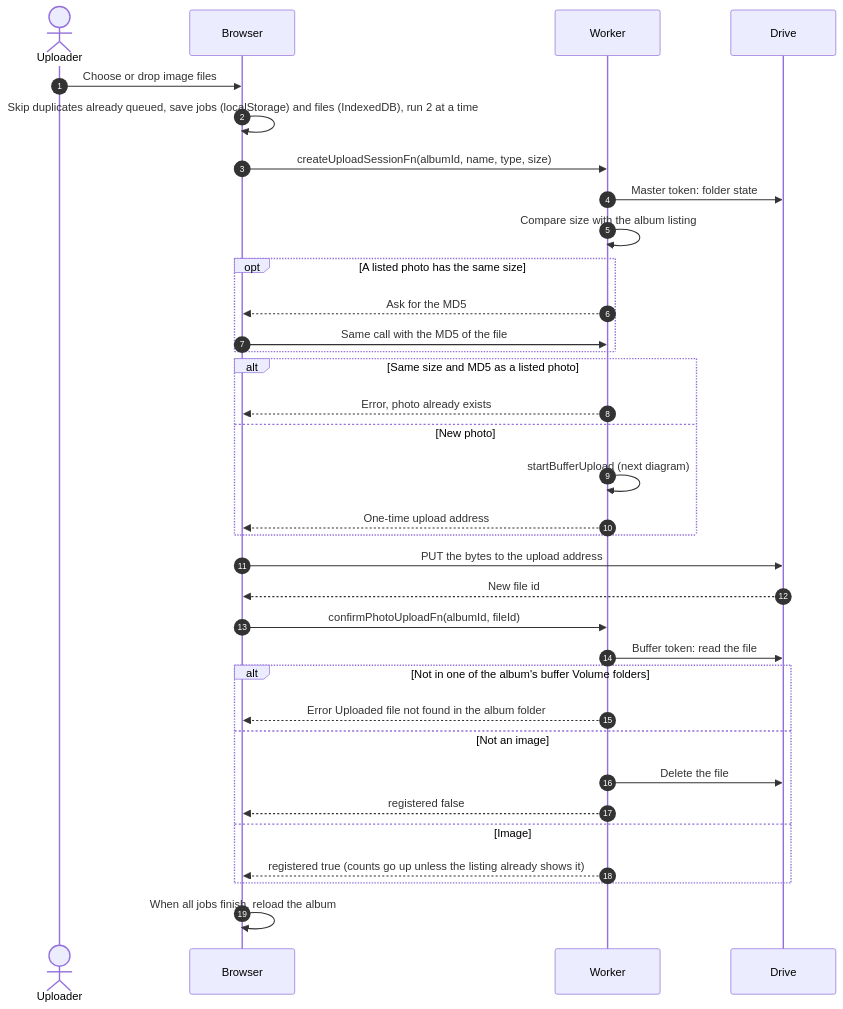
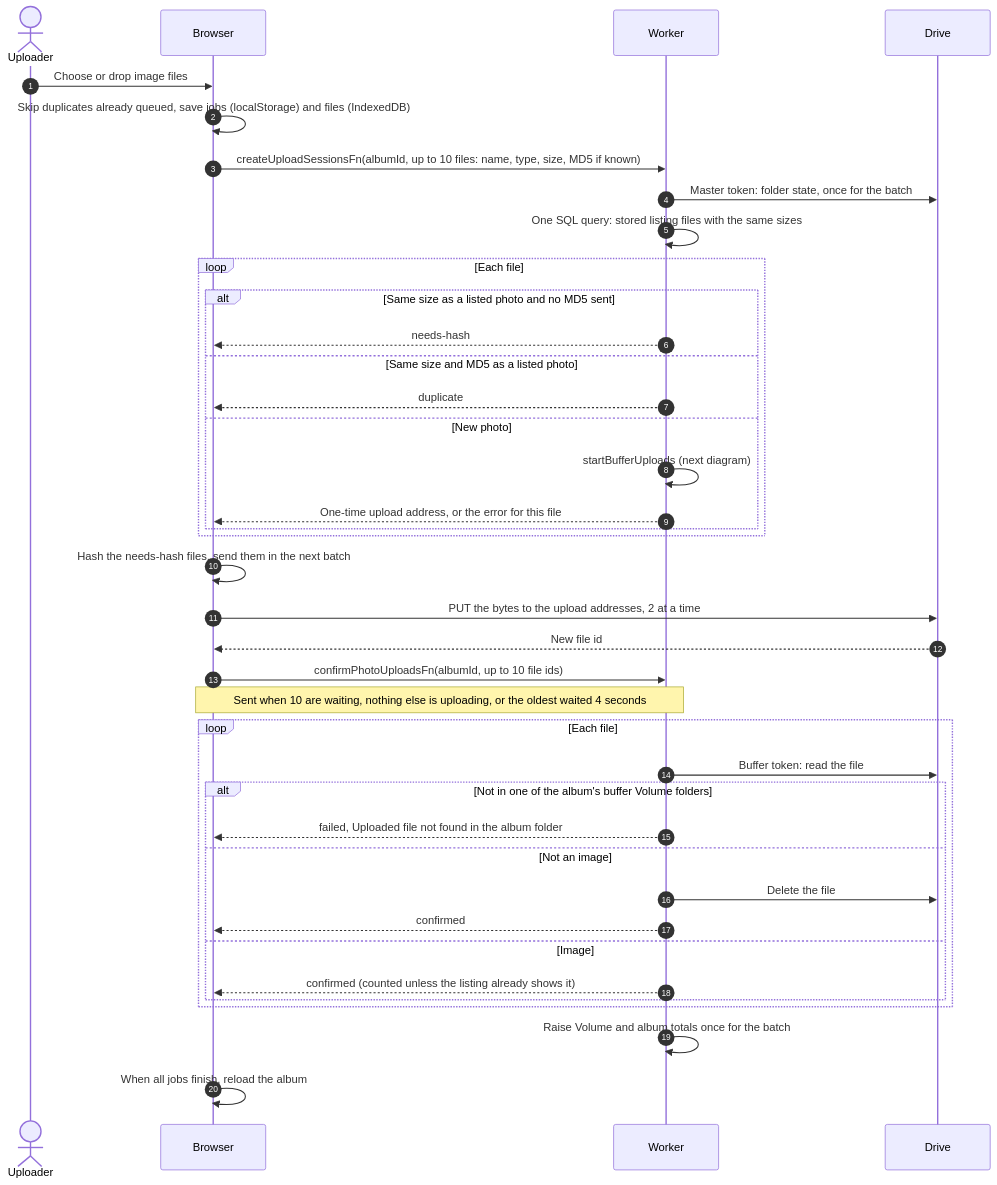
One commit to sagyzdop/meriksirat changed the first of 2 diagrams in docs/scenarios/member/albums/upload.md. Above: the diagram before and after it, drawn with Mermaid. The commit also changed other lines of this file and 69 other files, not shown here.

First line of the commit message:
perf(albums): batch upload sessions and confirms; keep code errors out of the UI

````diff
--- a/docs/scenarios/member/albums/upload.md
+++ b/docs/scenarios/member/albums/upload.md
@@ -9,36 +9,41 @@
 ```mermaid
 sequenceDiagram
     autonumber
     actor M as Uploader
     participant B as Browser
     participant W as Worker
     participant G as Drive
     M->>B: Choose or drop image files
-    B->>B: Skip duplicates already queued, save jobs (localStorage) and files (IndexedDB), run 2 at a time
-    B->>W: createUploadSessionFn(albumId, name, type, size)
-    W->>G: Master token: folder state
-    W->>W: Compare size with the album listing
-    opt A listed photo has the same size
-        W-->>B: Ask for the MD5
-        B->>W: Same call with the MD5 of the file
+    B->>B: Skip duplicates already queued, save jobs (localStorage) and files (IndexedDB)
+    B->>W: createUploadSessionsFn(albumId, up to 10 files: name, type, size, MD5 if known)
+    W->>G: Master token: folder state, once for the batch
+    W->>W: One SQL query: stored listing files with the same sizes
+    loop Each file
+        alt Same size as a listed photo and no MD5 sent
+            W-->>B: needs-hash
+        else Same size and MD5 as a listed photo
+            W-->>B: duplicate
+        else New photo
+            W->>W: startBufferUploads (next diagram)
+            W-->>B: One-time upload address, or the error for this file
+        end
     end
-    alt Same size and MD5 as a listed photo
-        W-->>B: Error, photo already exists
-    else New photo
-        W->>W: startBufferUpload (next diagram)
-        W-->>B: One-time upload address
+    B->>B: Hash the needs-hash files, send them in the next batch
+    B->>G: PUT the bytes to the upload addresses, 2 at a time
+    G-->>B: New file id
+    B->>W: confirmPhotoUploadsFn(albumId, up to 10 file ids)
+    Note over B,W: Sent when 10 are waiting, nothing else is uploading, or the oldest waited 4 seconds
+    loop Each file
+        W->>G: Buffer token: read the file
+        alt Not in one of the album's buffer Volume folders
+            W-->>B: failed, Uploaded file not found in the album folder
+        else Not an image
+            W->>G: Delete the file
+            W-->>B: confirmed
+        else Image
+            W-->>B: confirmed (counted unless the listing already shows it)
+        end
     end
-    B->>G: PUT the bytes to the upload address
-    G-->>B: New file id
-    B->>W: confirmPhotoUploadFn(albumId, fileId)
-    W->>G: Buffer token: read the file
-    alt Not in one of the album's buffer Volume folders
-        W-->>B: Error Uploaded file not found in the album folder
-    else Not an image
-        W->>G: Delete the file
-        W-->>B: registered false
-    else Image
-        W-->>B: registered true (counts go up unless the listing already shows it)
-    end
+    W->>W: Raise Volume and album totals once for the batch
     B->>B: When all jobs finish, reload the album
 ```
````
